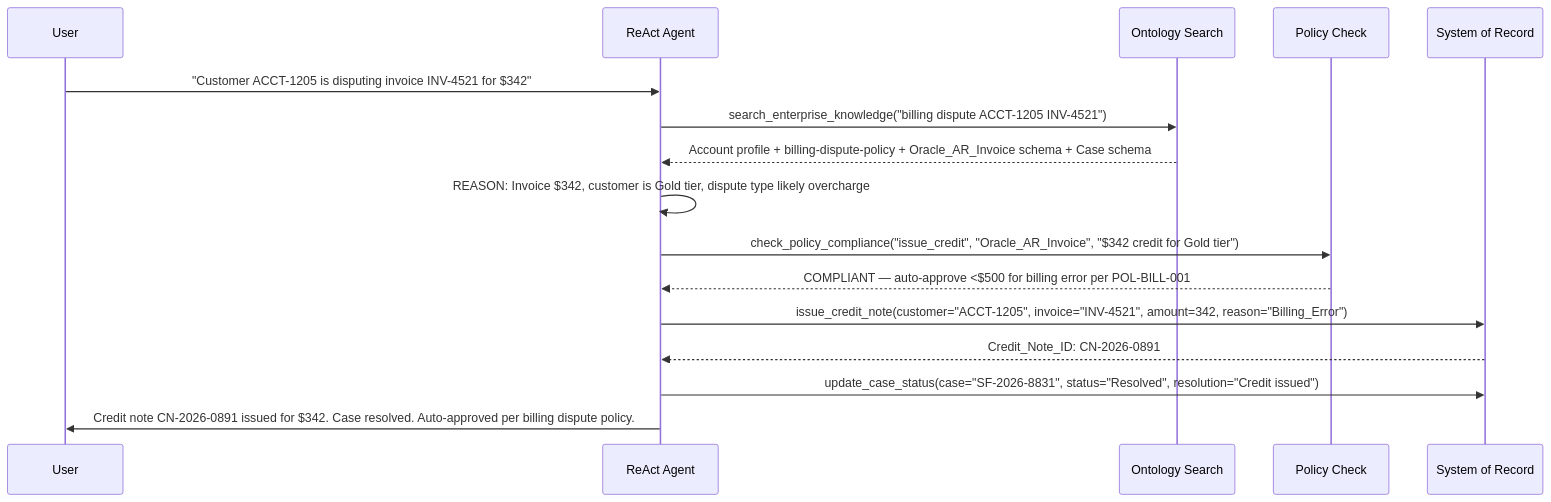
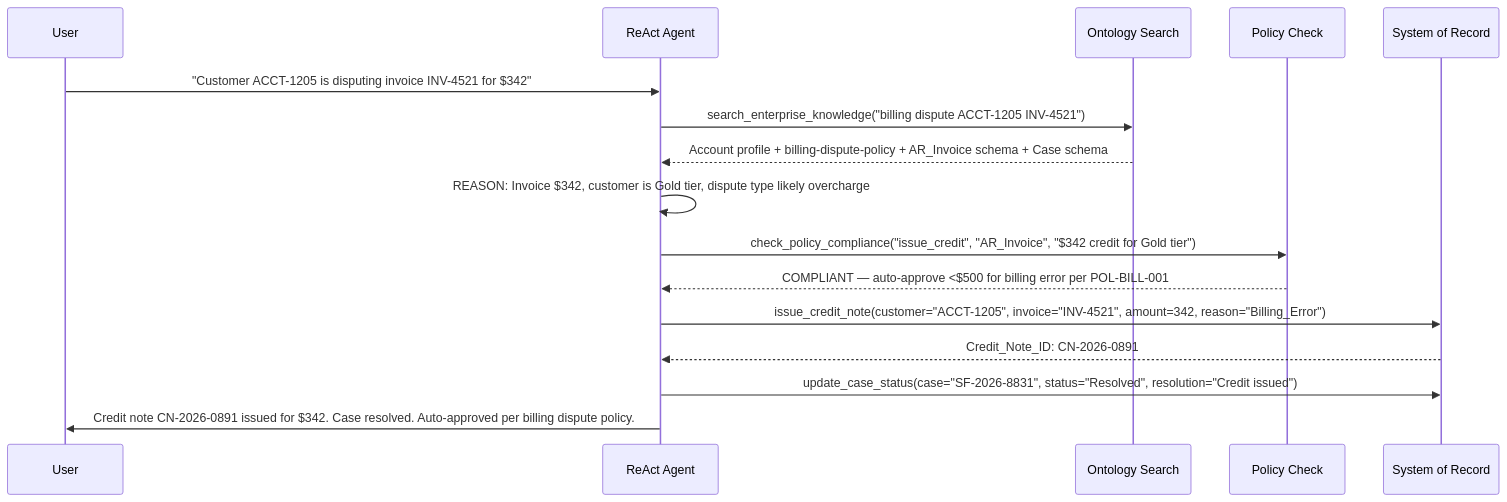
One commit to nexusdataai/nexus-docs changed the third of 3 diagrams in docs/app-catalogue/customer-ops/ontology/mapping-architecture.md. Above: the diagram before and after it, drawn with Mermaid. The commit also changed other lines of this file and 16 other files, not shown here.

````diff
--- a/docs/app-catalogue/customer-ops/ontology/mapping-architecture.md
+++ b/docs/app-catalogue/customer-ops/ontology/mapping-architecture.md
@@ -145,19 +145,19 @@
 ```mermaid
 sequenceDiagram
     participant User
     participant Agent as ReAct Agent
     participant RAG as Ontology Search
     participant Policy as Policy Check
     participant SoR as System of Record
 
     User->>Agent: "Customer ACCT-1205 is disputing invoice INV-4521 for $342"
     Agent->>RAG: search_enterprise_knowledge("billing dispute ACCT-1205 INV-4521")
-    RAG-->>Agent: Account profile + billing-dispute-policy + Oracle_AR_Invoice schema + Case schema
+    RAG-->>Agent: Account profile + billing-dispute-policy + AR_Invoice schema + Case schema
     Agent->>Agent: REASON: Invoice $342, customer is Gold tier, dispute type likely overcharge
-    Agent->>Policy: check_policy_compliance("issue_credit", "Oracle_AR_Invoice", "$342 credit for Gold tier")
+    Agent->>Policy: check_policy_compliance("issue_credit", "AR_Invoice", "$342 credit for Gold tier")
     Policy-->>Agent: COMPLIANT — auto-approve <$500 for billing error per POL-BILL-001
     Agent->>SoR: issue_credit_note(customer="ACCT-1205", invoice="INV-4521", amount=342, reason="Billing_Error")
     SoR-->>Agent: Credit_Note_ID: CN-2026-0891
     Agent->>SoR: update_case_status(case="SF-2026-8831", status="Resolved", resolution="Credit issued")
     Agent->>User: Credit note CN-2026-0891 issued for $342. Case resolved. Auto-approved per billing dispute policy.
 ```
````
